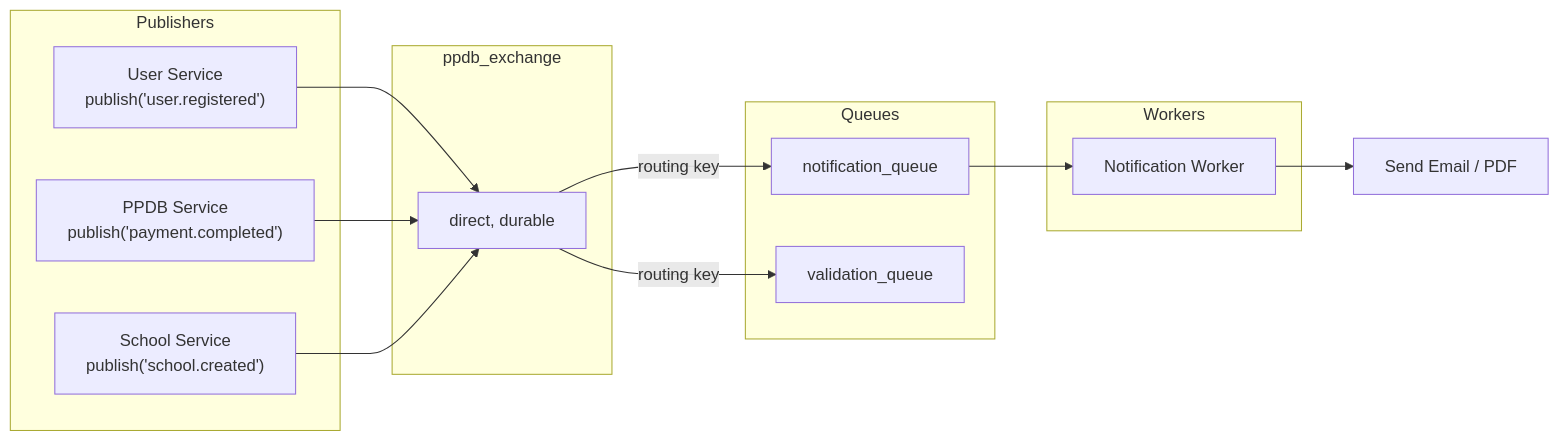
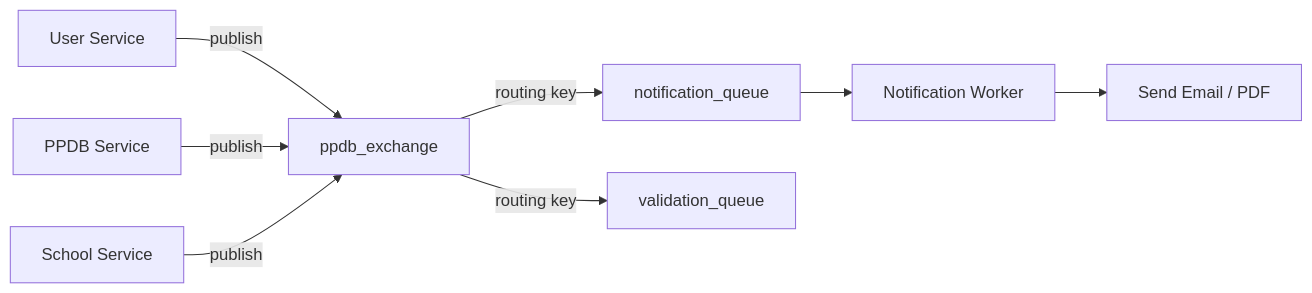
One commit to IyaTulus/ppdb-microserivce changed the fifth of 8 diagrams in README.md. Above: the diagram before and after it, drawn with Mermaid. The commit also changed other lines of this file, not shown here.

````diff
--- a/README.md
+++ b/README.md
@@ -404,26 +400,10 @@
 ```mermaid
 flowchart LR
-    subgraph Publishers
-        US["User Service<br/>publish('user.registered')"]
-        PS["PPDB Service<br/>publish('payment.completed')"]
-        SS["School Service<br/>publish('school.created')"]
-    end
-
-    subgraph Exchange["ppdb_exchange"]
-        EX["direct, durable"]
-    end
-
-    subgraph Queues
-        NQ["notification_queue"]
-        VQ["validation_queue"]
-    end
-
-    subgraph Workers
-        NW["Notification Worker"]
-    end
-
-    US & PS & SS --> EX
-    EX -->|"routing key"| NQ & VQ
-    NQ --> NW
-    NW --> Email["Send Email / PDF"]
+    US[User Service] -->|publish| EX[ppdb_exchange]
+    PS[PPDB Service] -->|publish| EX
+    SS[School Service] -->|publish| EX
+    EX -->|routing key| NQ[notification_queue]
+    EX -->|routing key| VQ[validation_queue]
+    NQ --> NW[Notification Worker]
+    NW --> Email[Send Email / PDF]
 ```
````
